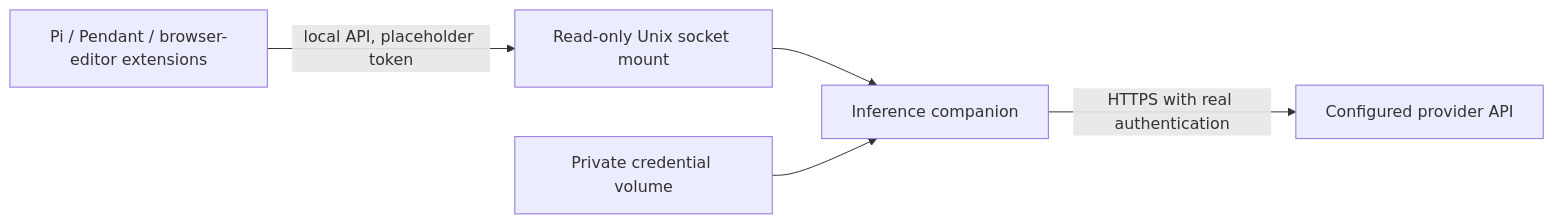
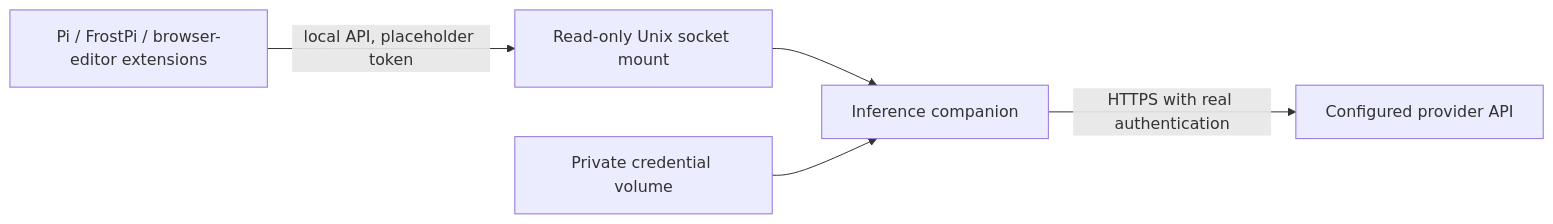
Before and after one commit to kyuz0/ai-sandbox-factory: the first of 2 diagrams in docs/architecture.md, drawn with Mermaid. The commit also changed other lines of this file and 36 other files, not shown here.

````diff
--- a/docs/architecture.md
+++ b/docs/architecture.md
@@ -31,7 +31,7 @@
 ```mermaid
 flowchart LR
-    PI[Pi / Pendant / browser-editor extensions] -->|local API, placeholder token| SOCKET[Read-only Unix socket mount]
+    PI[Pi / FrostPi / browser-editor extensions] -->|local API, placeholder token| SOCKET[Read-only Unix socket mount]
     SOCKET --> PROXY[Inference companion]
     KEYS[Private credential volume] --> PROXY
     PROXY -->|HTTPS with real authentication| API[Configured provider API]
 ```
````
